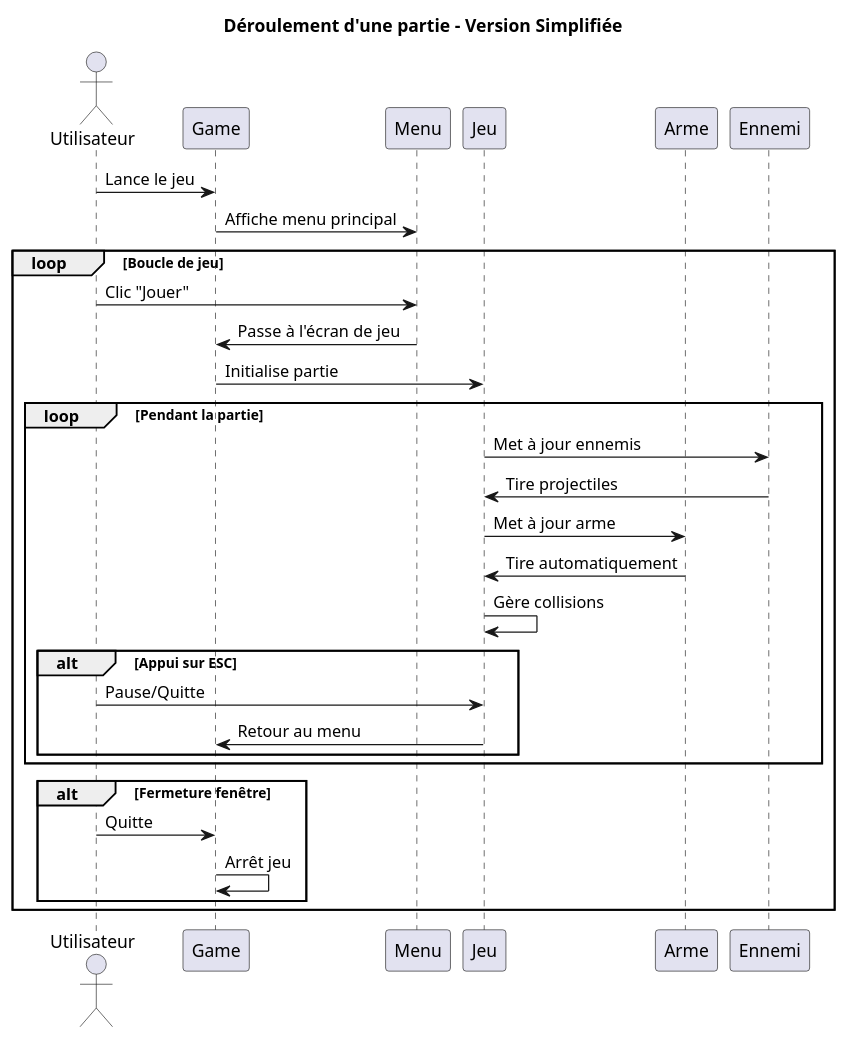
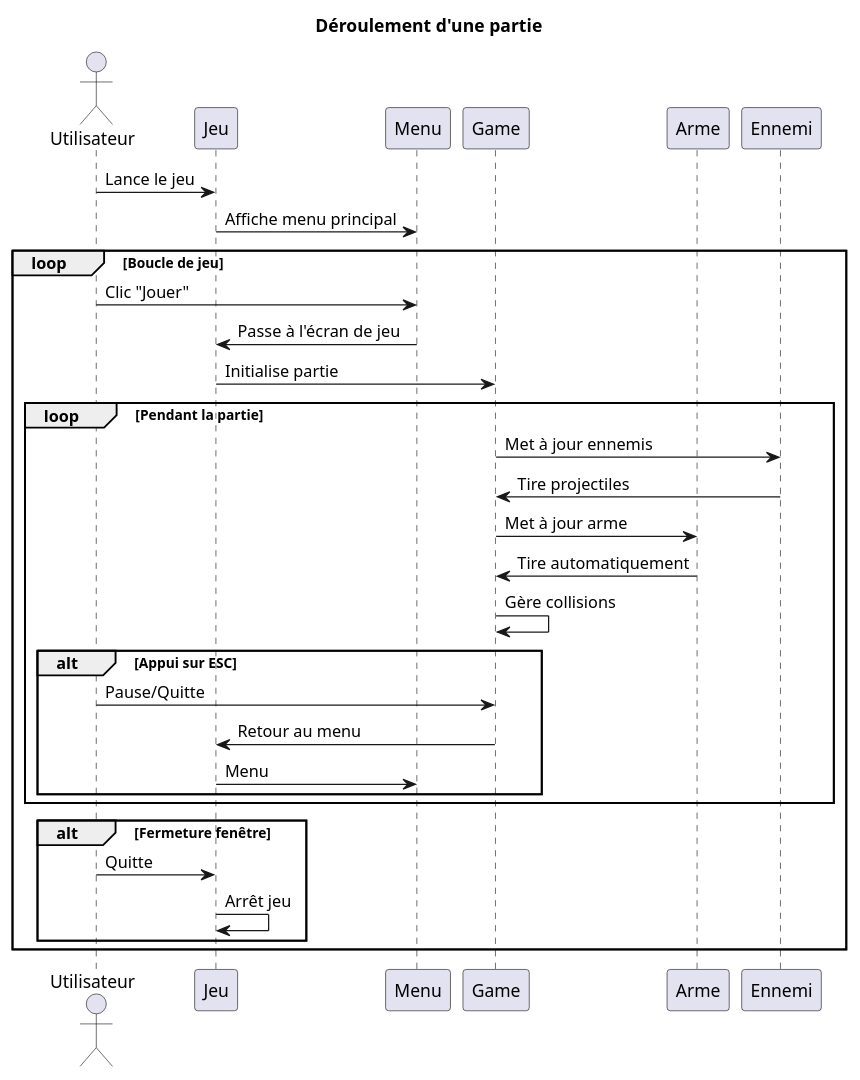
The diagram in Déroulement d'une partie de Tour Maudite.plantuml (AzEnTa1/the-cursed-tower), drawn with PlantUML before and after one commit. The commit also changed 9 other files, not shown here.

```diff
--- a/Déroulement d'une partie de Tour Maudite.plantuml
+++ b/Déroulement d'une partie de Tour Maudite.plantuml
@@ -1,37 +1,38 @@
 @startuml SequenceDiagram
-title Déroulement d'une partie - Version Simplifiée
+title Déroulement d'une partie
 
 actor "Utilisateur" as J
-participant "Game" as G
+participant "Jeu" as G
 participant "Menu" as M
-participant "Jeu" as JEU
+participant "Game" as JEU
 participant "Arme" as A
 participant "Ennemi" as E
 
 J -> G : Lance le jeu
 G -> M : Affiche menu principal
 
 loop Boucle de jeu
     J -> M : Clic "Jouer"
     M -> G : Passe à l'écran de jeu
     G -> JEU : Initialise partie
     
     loop Pendant la partie
         JEU -> E : Met à jour ennemis
         E -> JEU : Tire projectiles
         JEU -> A : Met à jour arme
         A -> JEU : Tire automatiquement
         JEU -> JEU : Gère collisions
         
         alt Appui sur ESC
             J -> JEU : Pause/Quitte
             JEU -> G : Retour au menu
+            G -> M : Menu
         end
     end
     
     alt Fermeture fenêtre
         J -> G : Quitte
         G -> G : Arrêt jeu
     end
 end
 @enduml
```
